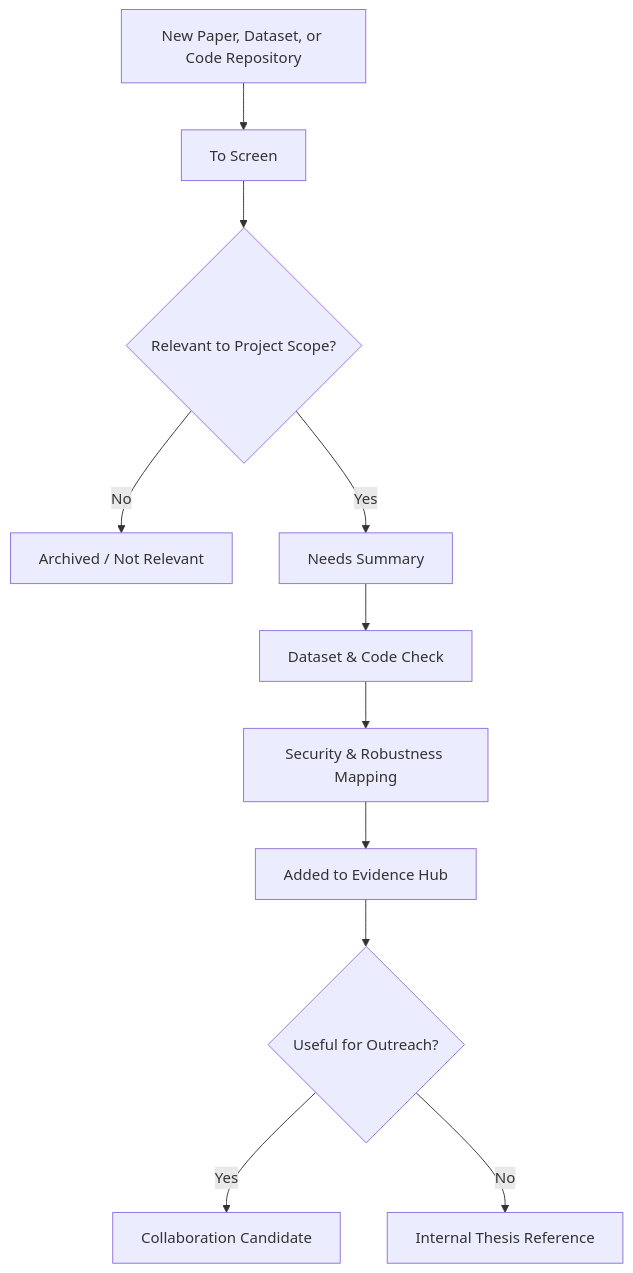
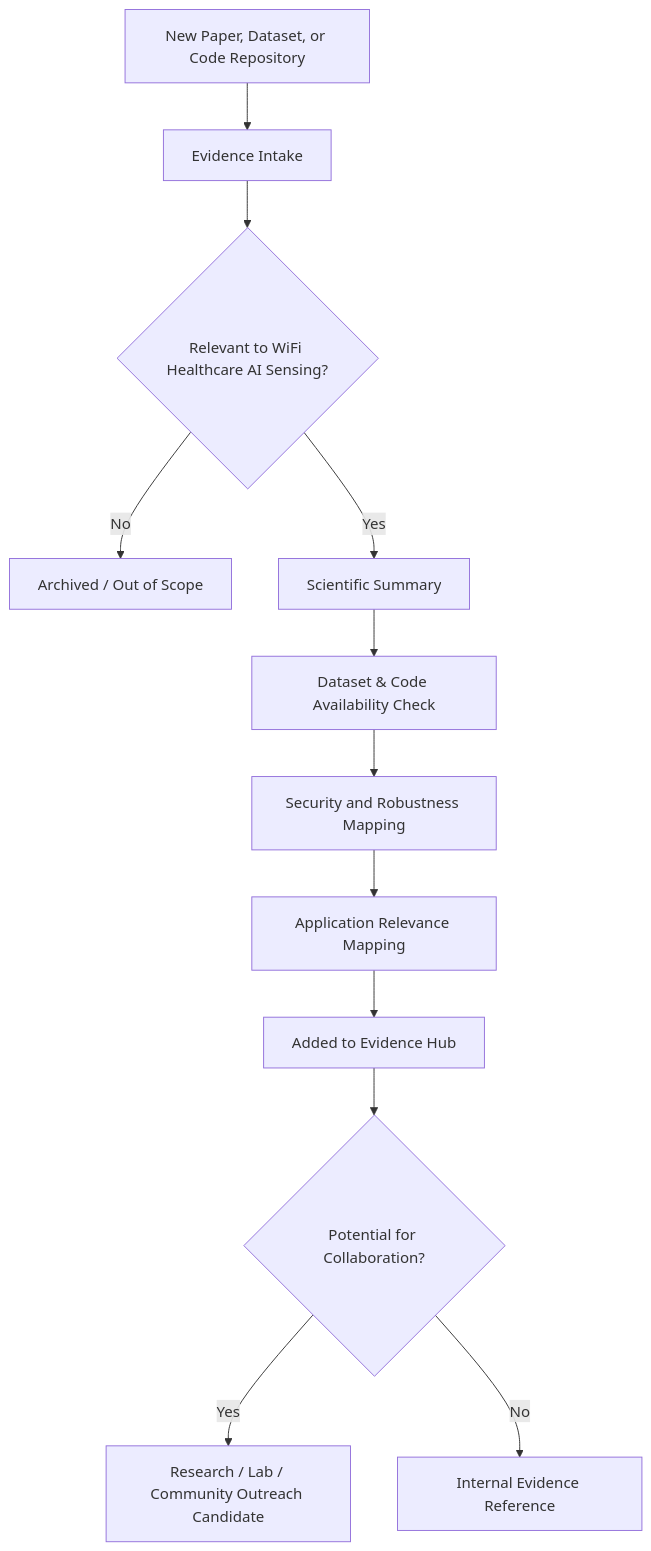
Before and after one commit to shahram-h-hesari/wifi-csi-fall-detection: the second of 2 diagrams in evidence_hub/README.md, drawn with Mermaid. The commit also changed other lines of this file, not shown here.

Commit message:
Refine Evidence Hub positioning for research collaboration

````diff
--- a/evidence_hub/README.md
+++ b/evidence_hub/README.md
@@ -68,16 +103,17 @@
 ```mermaid
 flowchart TD
-    A["New Paper, Dataset, or Code Repository"] --> B["To Screen"]
-    B --> C{"Relevant to Project Scope?"}
+    A["New Paper, Dataset, or Code Repository"] --> B["Evidence Intake"]
+    B --> C{"Relevant to WiFi Healthcare AI Sensing?"}
 
-    C -- "No" --> Z["Archived / Not Relevant"]
-    C -- "Yes" --> D["Needs Summary"]
+    C -- "No" --> Z["Archived / Out of Scope"]
+    C -- "Yes" --> D["Scientific Summary"]
 
-    D --> E["Dataset & Code Check"]
-    E --> F["Security & Robustness Mapping"]
-    F --> G["Added to Evidence Hub"]
+    D --> E["Dataset & Code Availability Check"]
+    E --> F["Security and Robustness Mapping"]
+    F --> G["Application Relevance Mapping"]
+    G --> H["Added to Evidence Hub"]
 
-    G --> H{"Useful for Outreach?"}
-    H -- "Yes" --> I["Collaboration Candidate"]
-    H -- "No" --> J["Internal Thesis Reference"]
+    H --> I{"Potential for Collaboration?"}
+    I -- "Yes" --> J["Research / Lab / Community Outreach Candidate"]
+    I -- "No" --> K["Internal Evidence Reference"]
 ```
````
